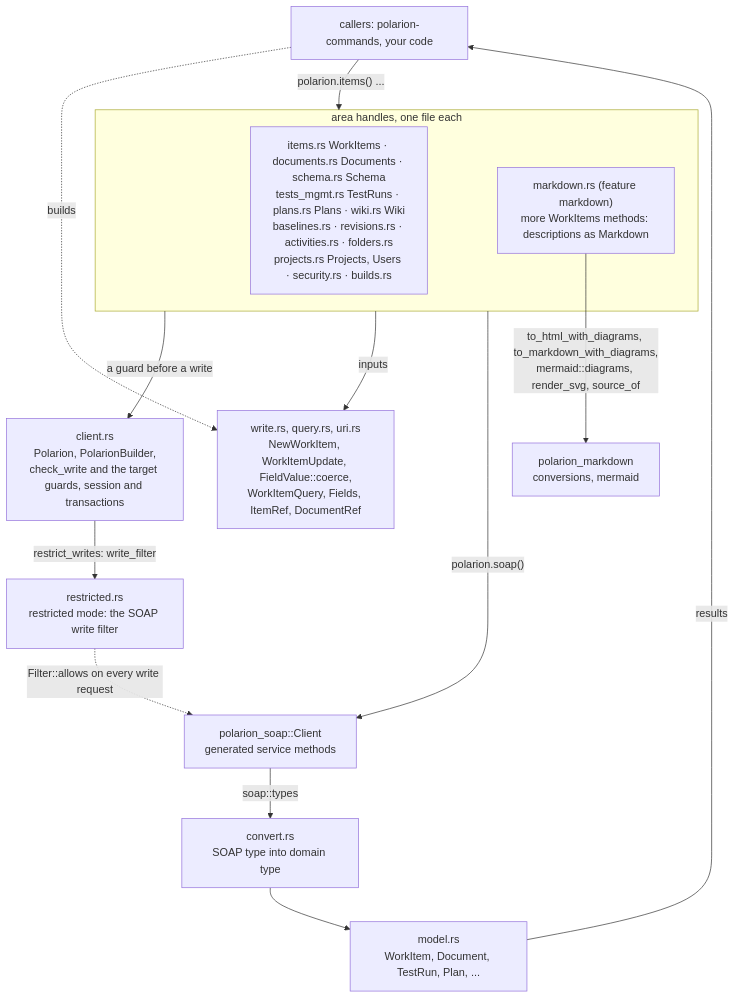
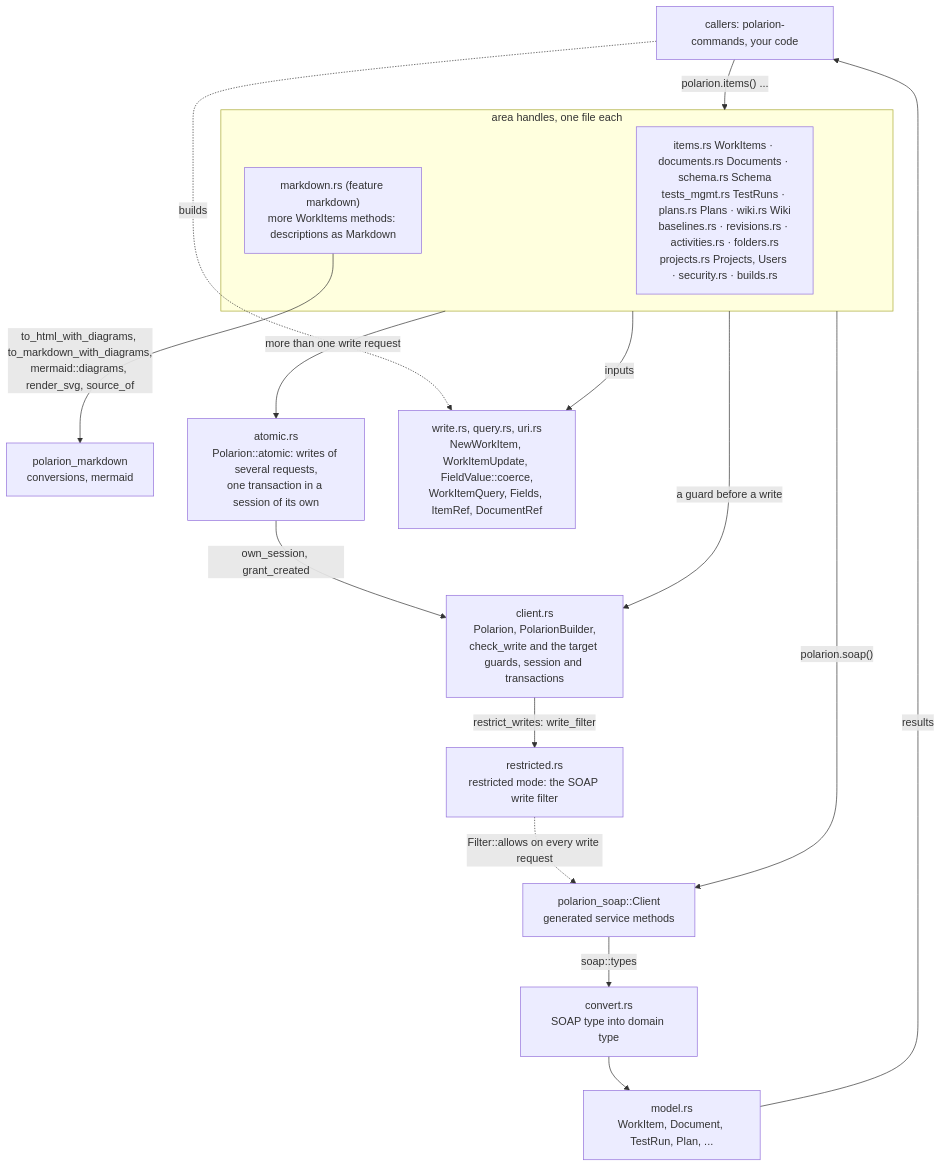
Before and after one commit to KevinGliewe/Polarion-rs: the first of 3 diagrams in docs/library.md, drawn with Mermaid. The commit also changed other lines of this file and 68 other files, not shown here.

````diff
--- a/docs/library.md
+++ b/docs/library.md
@@ -8,27 +8,30 @@
 ```mermaid
 flowchart TB
     caller["callers: polarion-commands, your code"]
     subgraph handles["area handles, one file each"]
         h["items.rs WorkItems · documents.rs Documents · schema.rs Schema<br/>tests_mgmt.rs TestRuns · plans.rs Plans · wiki.rs Wiki<br/>baselines.rs · revisions.rs · activities.rs · folders.rs<br/>projects.rs Projects, Users · security.rs · builds.rs"]
         mdrs["markdown.rs (feature markdown)<br/>more WorkItems methods: descriptions as Markdown"]
     end
     mdcrate["polarion_markdown<br/>conversions, mermaid"]
     client["client.rs<br/>Polarion, PolarionBuilder,<br/>check_write and the target guards, session and transactions"]
     restricted["restricted.rs<br/>restricted mode: the SOAP write filter"]
+    atomic["atomic.rs<br/>Polarion::atomic: writes of several requests,<br/>one transaction in a session of its own"]
     inputs["write.rs, query.rs, uri.rs<br/>NewWorkItem, WorkItemUpdate, FieldValue::coerce,<br/>WorkItemQuery, Fields, ItemRef, DocumentRef"]
     convert["convert.rs<br/>SOAP type into domain type"]
     model["model.rs<br/>WorkItem, Document, TestRun, Plan, ..."]
     soap["polarion_soap::Client<br/>generated service methods"]
 
     caller -- "polarion.items() ..." --> handles
     caller -. "builds" .-> inputs
     handles -- "a guard before a write" --> client
+    handles -- "more than one write request" --> atomic
+    atomic -- "own_session, grant_created" --> client
     client -- "restrict_writes: write_filter" --> restricted
     restricted -. "Filter::allows on every write request" .-> soap
     handles -- "inputs" --> inputs
     handles -- "polarion.soap()" --> soap
     mdrs -- "to_html_with_diagrams, to_markdown_with_diagrams,<br/>mermaid::diagrams, render_svg, source_of" --> mdcrate
     soap -- "soap::types" --> convert
     convert --> model
     model -- "results" --> caller
 ```
````
